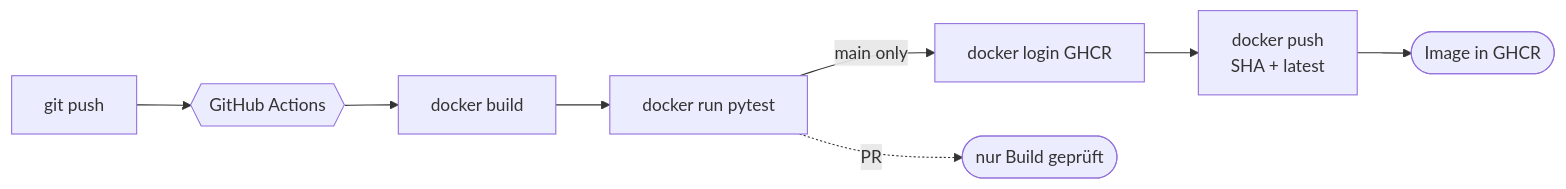
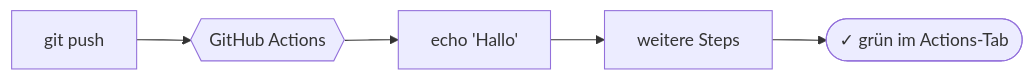
Before and after one commit to JacobMenge/kurs-unterlagen: the diagram in docs/ci-cd/praxis-erste-pipeline.md, drawn with Mermaid. The commit also changed other lines of this file and 5 other files, not shown here.

````diff
--- a/docs/ci-cd/praxis-erste-pipeline.md
+++ b/docs/ci-cd/praxis-erste-pipeline.md
@@ -41,10 +35,7 @@
 ```mermaid
 flowchart LR
   Push["git push"] --> GH{{"GitHub Actions"}}
-  GH --> Build["docker build"]
-  Build --> Test["docker run pytest"]
-  Test -->|"main only"| Login["docker login GHCR"]
-  Login --> PushImg["docker push<br/>SHA + latest"]
-  PushImg --> Done(["Image in GHCR"])
-  Test -.->|"PR"| Done2(["nur Build geprüft"])
+  GH --> Step1["echo 'Hallo'"]
+  Step1 --> Step2["weitere Steps"]
+  Step2 --> Done(["✓ grün im Actions-Tab"])
 ```
````
